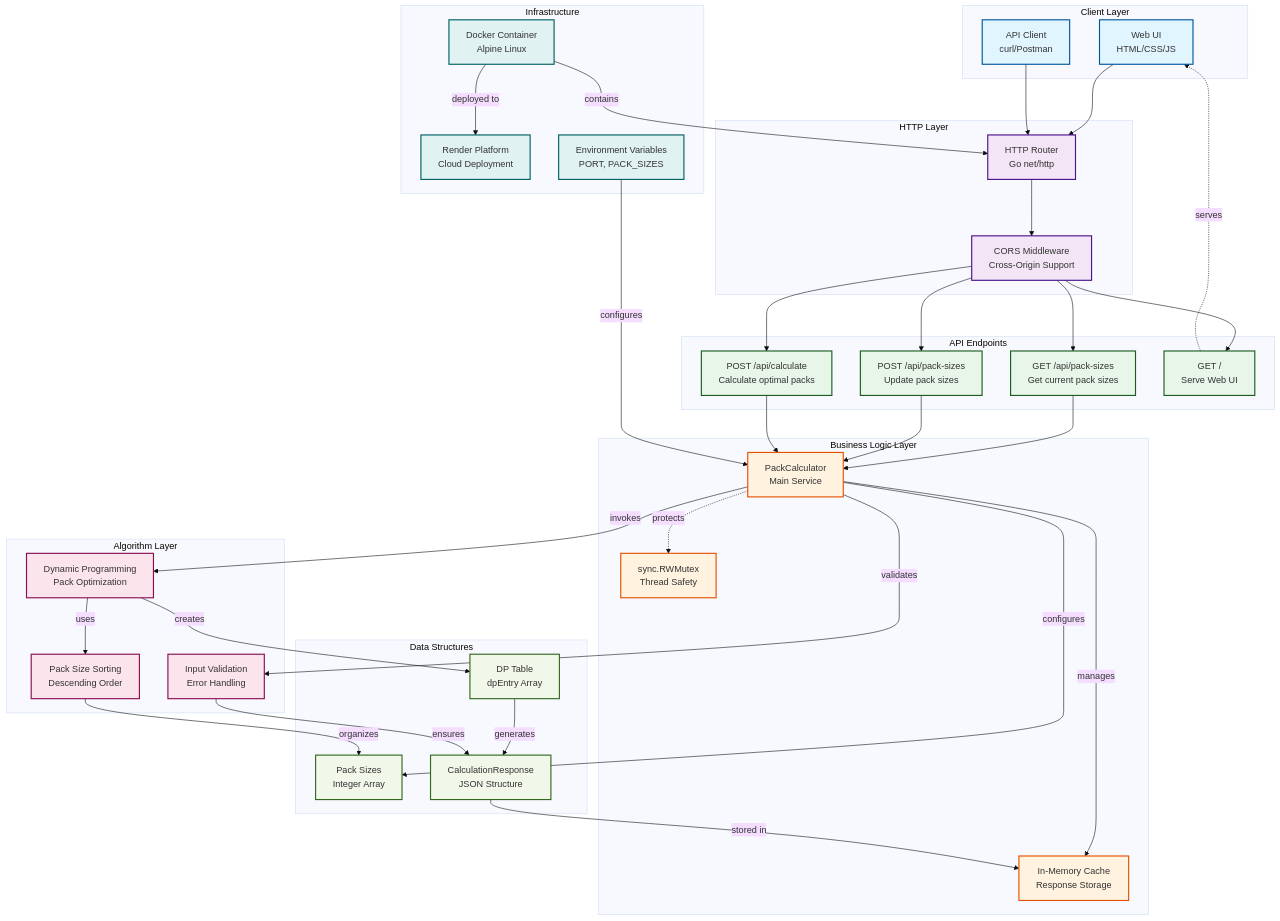
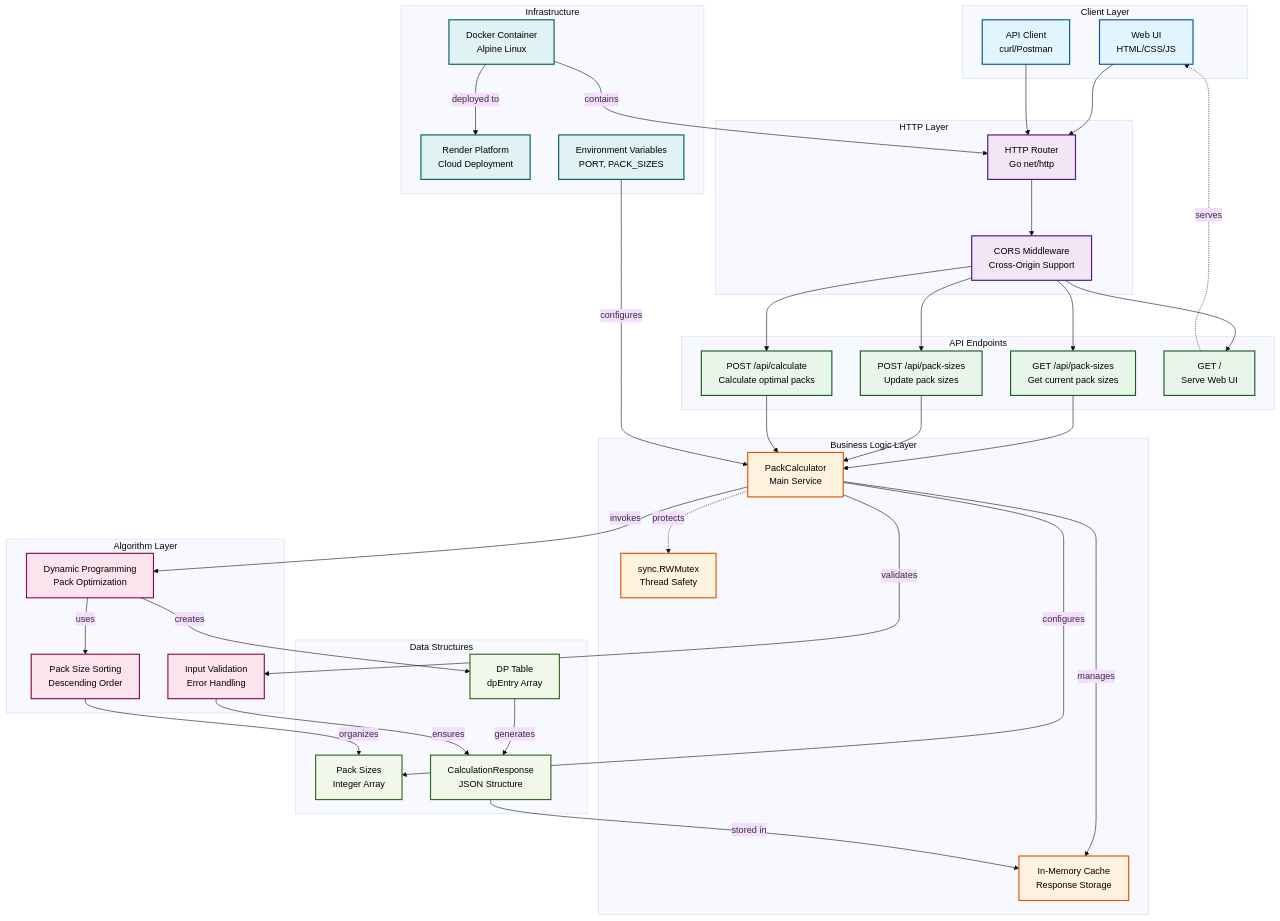
Before and after one commit to Jetlum/pack-calulcator: the diagram in README.md, drawn with Mermaid (base theme).

Commit message:
Edit diagram

```diff
--- a/README.md
+++ b/README.md
@@ -109,14 +109,14 @@
     DOCKER -->|contains| ROUTER
     DOCKER -->|deployed to| RENDER
 
-    %% Styling
-    classDef clientLayer fill:#e1f5fe,stroke:#01579b,stroke-width:2px
-    classDef httpLayer fill:#f3e5f5,stroke:#4a148c,stroke-width:2px
-    classDef apiLayer fill:#e8f5e9,stroke:#1b5e20,stroke-width:2px
-    classDef businessLayer fill:#fff3e0,stroke:#e65100,stroke-width:2px
-    classDef algorithmLayer fill:#fce4ec,stroke:#880e4f,stroke-width:2px
-    classDef dataLayer fill:#f1f8e9,stroke:#33691e,stroke-width:2px
-    classDef infraLayer fill:#e0f2f1,stroke:#006064,stroke-width:2px
+    %% Styling with black text
+    classDef clientLayer fill:#e1f5fe,stroke:#01579b,stroke-width:2px,color:#000000
+    classDef httpLayer fill:#f3e5f5,stroke:#4a148c,stroke-width:2px,color:#000000
+    classDef apiLayer fill:#e8f5e9,stroke:#1b5e20,stroke-width:2px,color:#000000
+    classDef businessLayer fill:#fff3e0,stroke:#e65100,stroke-width:2px,color:#000000
+    classDef algorithmLayer fill:#fce4ec,stroke:#880e4f,stroke-width:2px,color:#000000
+    classDef dataLayer fill:#f1f8e9,stroke:#33691e,stroke-width:2px,color:#000000
+    classDef infraLayer fill:#e0f2f1,stroke:#006064,stroke-width:2px,color:#000000
 
     class UI,API_CLIENT clientLayer
     class ROUTER,CORS httpLayer
```
